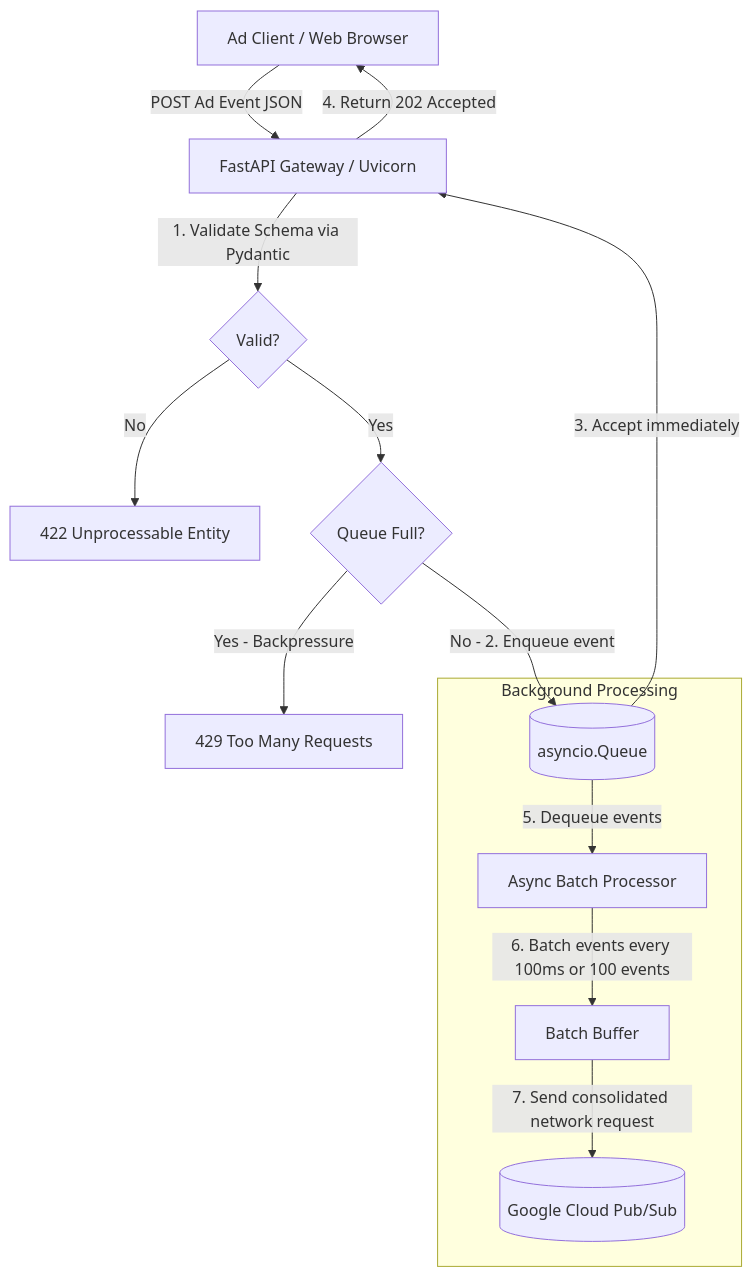
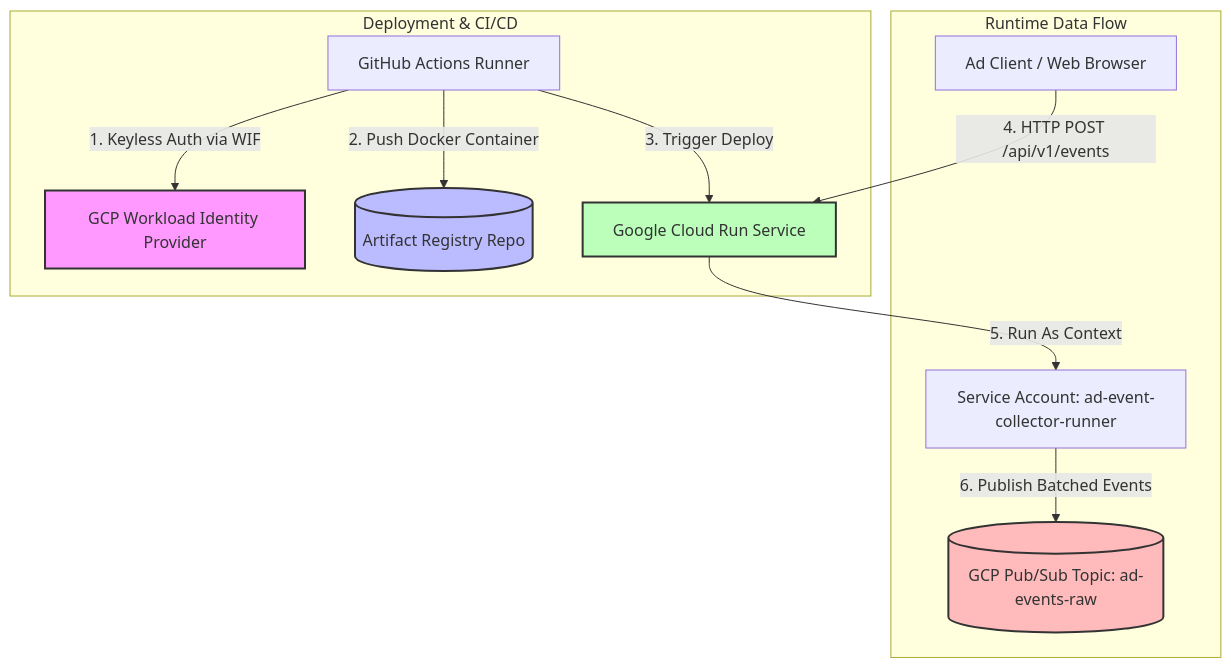
One commit to perfectdash/ad-event-collector changed the diagram in README.md. Above: the diagram before and after it, drawn with Mermaid. The commit also changed other lines of this file and 9 other files, not shown here.

````diff
--- a/README.md
+++ b/README.md
@@ -11,17 +20,19 @@
 ```mermaid
 flowchart TD
-    Client[Ad Client / Web Browser] -->|POST Ad Event JSON| API[FastAPI Gateway / Uvicorn]
-    API -->|1. Validate Schema via Pydantic| Schema{Valid?}
-    Schema -->|No| Reject[422 Unprocessable Entity]
-    Schema -->|Yes| Queue{Queue Full?}
-    Queue -->|Yes - Backpressure| Overload[429 Too Many Requests]
-    Queue -->|No - 2. Enqueue event| InMemoryQueue[(asyncio.Queue)]
-    InMemoryQueue -->|3. Accept immediately| API
-    API -->|4. Return 202 Accepted| Client
+    subgraph CI_CD [Deployment & CI/CD]
+        GH[GitHub Actions Runner] -->|1. Keyless Auth via WIF| WIF[GCP Workload Identity Provider]
+        GH -->|2. Push Docker Container| AR[(Artifact Registry Repo)]
+        GH -->|3. Trigger Deploy| CR[Google Cloud Run Service]
+    end
 
-    subgraph Background Processing
-        InMemoryQueue -->|5. Dequeue events| Worker[Async Batch Processor]
-        Worker -->|6. Batch events every 100ms or 100 events| BatchList[Batch Buffer]
-        BatchList -->|7. Send consolidated network request| PubSub[(Google Cloud Pub/Sub)]
+    subgraph Runtime [Runtime Data Flow]
+        Client[Ad Client / Web Browser] -->|4. HTTP POST /api/v1/events| CR
+        CR -->|5. Run As Context| SA[Service Account: ad-event-collector-runner]
+        SA -->|6. Publish Batched Events| PS[(GCP Pub/Sub Topic: ad-events-raw)]
     end
+
+    style WIF fill:#f9f,stroke:#333,stroke-width:2px
+    style AR fill:#bbf,stroke:#333,stroke-width:2px
+    style CR fill:#bfb,stroke:#333,stroke-width:2px
+    style PS fill:#fbb,stroke:#333,stroke-width:2px
 ```
````
